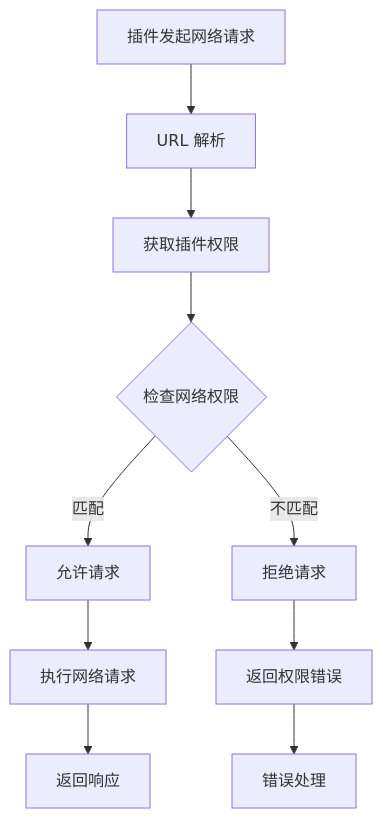
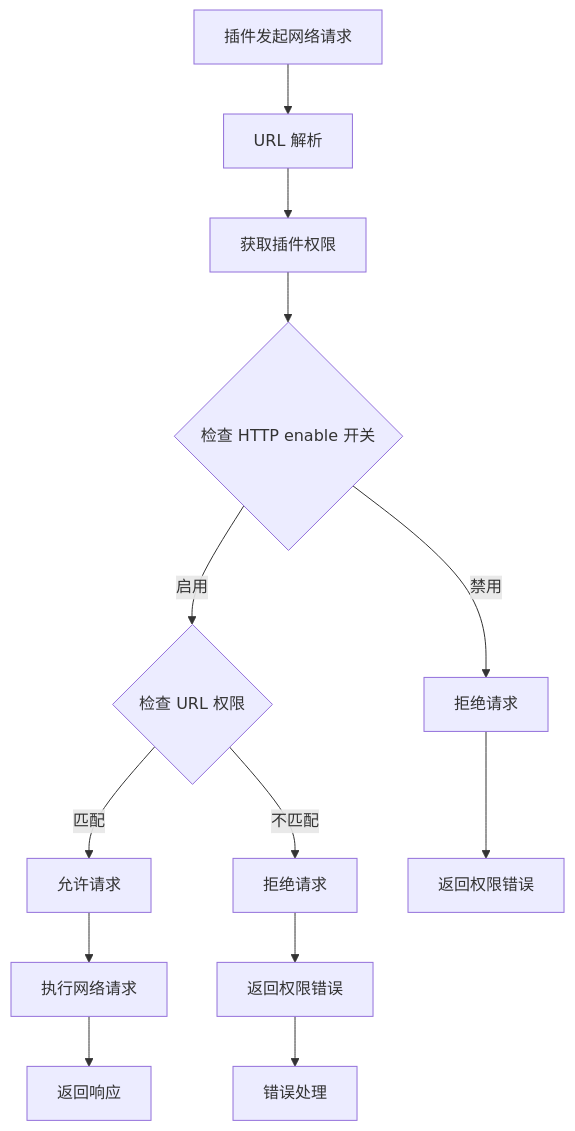
The third of 6 diagrams in .qoder/repowiki/zh/content/安全模型.md (Onin-app/Onin), drawn with Mermaid before and after one commit. The commit also changed other lines of this file and 14 other files, not shown here.

````diff
--- a/.qoder/repowiki/zh/content/安全模型.md
+++ b/.qoder/repowiki/zh/content/安全模型.md
@@ -144,12 +165,15 @@
 ```mermaid
 flowchart TD
 A["插件发起网络请求"] --> B["URL 解析"]
 B --> C["获取插件权限"]
-C --> D{"检查网络权限"}
-D --> |匹配| E["允许请求"]
-D --> |不匹配| F["拒绝请求"]
-E --> G["执行网络请求"]
-F --> H["返回权限错误"]
-G --> I["返回响应"]
-H --> J["错误处理"]
+C --> D{"检查 HTTP enable 开关"}
+D --> |禁用| E["拒绝请求"]
+D --> |启用| F{"检查 URL 权限"}
+F --> |匹配| G["允许请求"]
+F --> |不匹配| H["拒绝请求"]
+G --> I["执行网络请求"]
+H --> J["返回权限错误"]
+I --> K["返回响应"]
+J --> L["错误处理"]
+E --> M["返回权限错误"]
 ```
````
